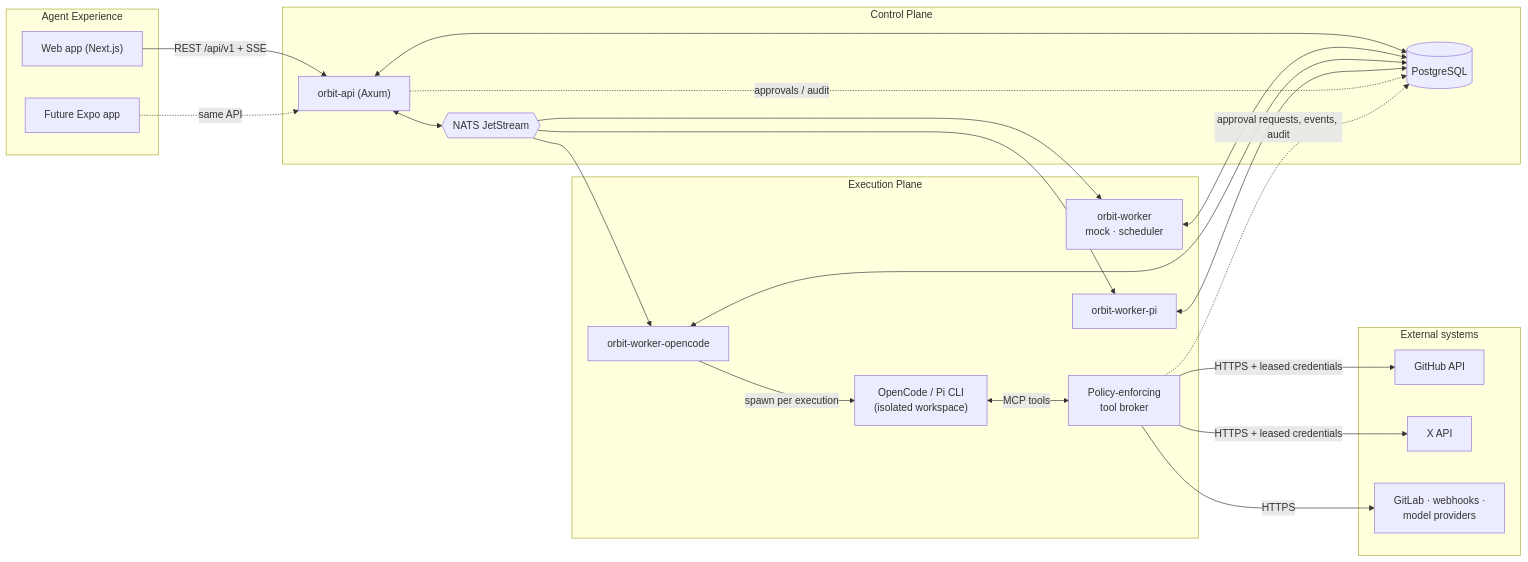
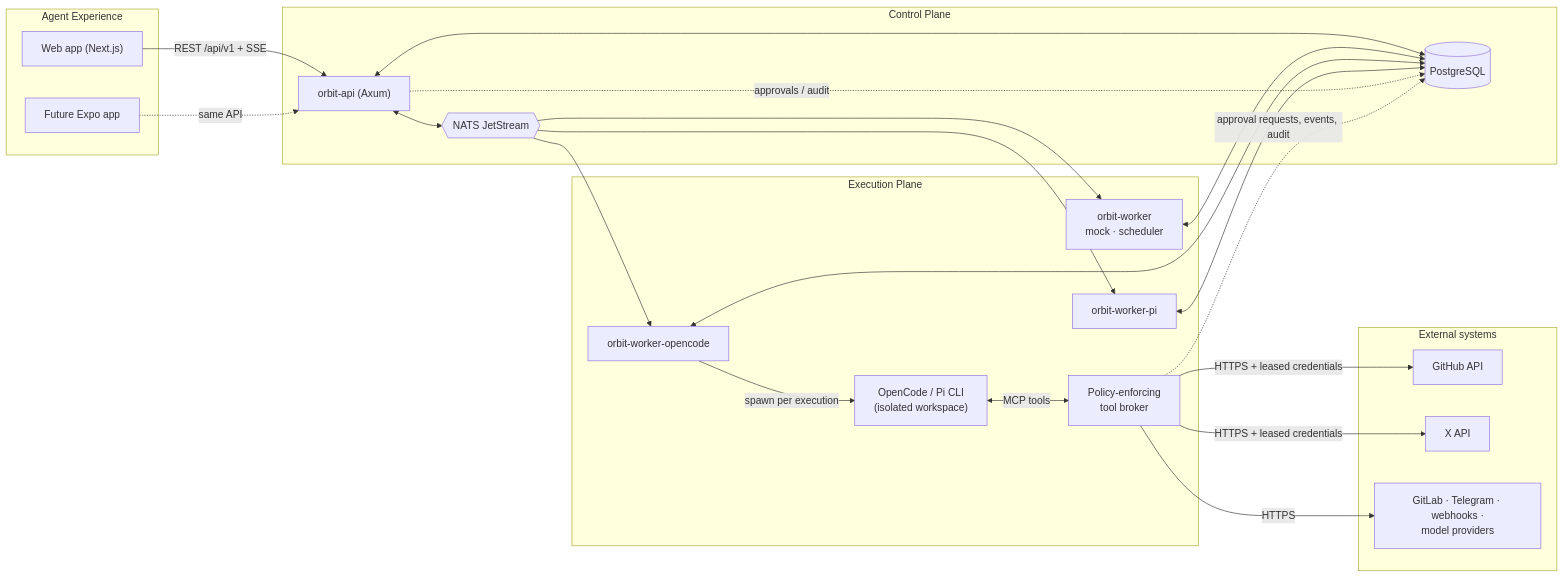
Before and after one commit to mikemikimike/orbit: the first of 5 diagrams in docs/architecture/diagram.md, drawn with Mermaid. The commit also changed other lines of this file and 19 other files, not shown here.

Commit message:
docs: audit all docs against code; fix chart defaults, OIDC settings wiring, env/route/schema accuracy

````diff
--- a/docs/architecture/diagram.md
+++ b/docs/architecture/diagram.md
@@ -24,45 +24,45 @@
 ```mermaid
 flowchart LR
   subgraph Experience["Agent Experience"]
     Web["Web app (Next.js)"]
     Mobile["Future Expo app"]
   end
 
   subgraph Control["Control Plane"]
     API["orbit-api (Axum)"]
     DB[("PostgreSQL")]
     Bus{{"NATS JetStream"}}
   end
 
   subgraph Execution["Execution Plane"]
     Worker["orbit-worker<br/>mock · scheduler"]
     OCWorker["orbit-worker-opencode"]
     PiWorker["orbit-worker-pi"]
     Harness["OpenCode / Pi CLI<br/>(isolated workspace)"]
     Broker["Policy-enforcing<br/>tool broker"]
   end
 
   subgraph External["External systems"]
     GitHub["GitHub API"]
     X["X API"]
-    More["GitLab · webhooks ·<br/>model providers"]
+    More["GitLab · Telegram · webhooks ·<br/>model providers"]
   end
 
   Web -->|"REST /api/v1 + SSE"| API
   Mobile -.->|"same API"| API
   API <--> DB
   API <--> Bus
   Bus --> Worker
   Bus --> OCWorker
   Bus --> PiWorker
   Worker <--> DB
   OCWorker <--> DB
   PiWorker <--> DB
   OCWorker -->|"spawn per execution"| Harness
   Harness <-->|"MCP tools"| Broker
   Broker -->|"HTTPS + leased credentials"| GitHub
   Broker -->|"HTTPS + leased credentials"| X
   Broker -->|"HTTPS"| More
   API -.->|"approvals / audit"| DB
   Broker -.->|"approval requests, events, audit"| DB
 ```
````
